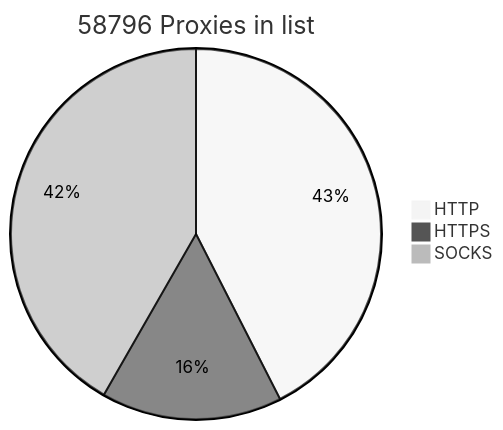
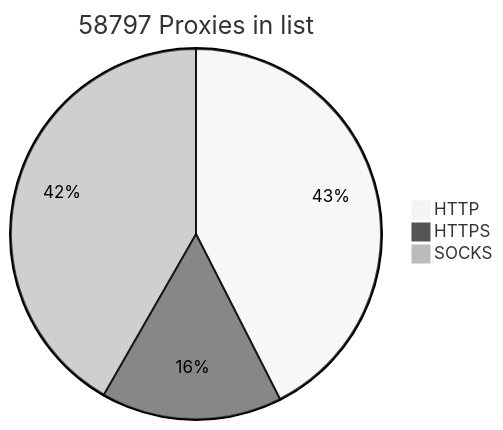
One commit to BlackSnowDot/proxylist-update-every-minute changed the diagram in README.md. Above: the diagram before and after it, drawn with Mermaid (neutral theme).

````diff
--- a/README.md
+++ b/README.md
@@ -2,6 +2,6 @@
 ```mermaid
-pie title 58796 Proxies in list
-    "HTTP" : 28546
-    "HTTPS": 10594
+pie title 58797 Proxies in list
+    "HTTP" : 28549
+    "HTTPS": 10596
     "SOCKS" : 28016
 ```
````
